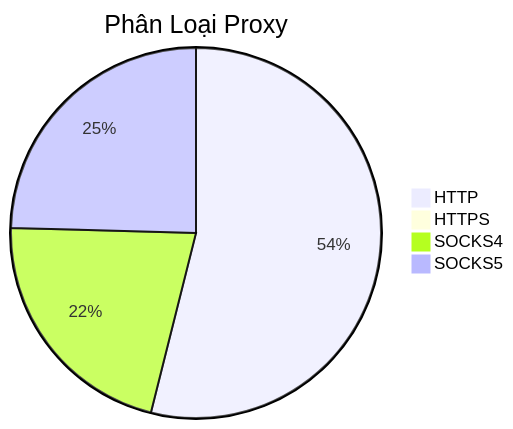
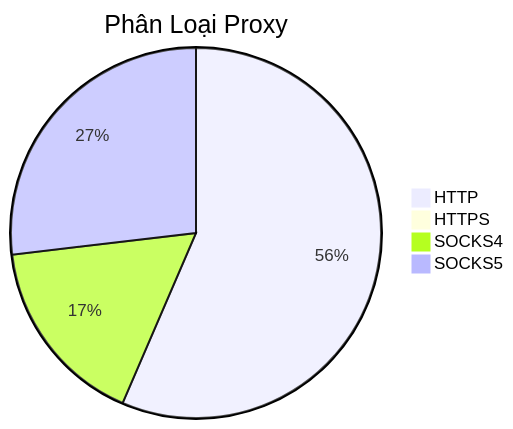
One commit to Ciara-12/PROXY-free changed the diagram in README.md. Above: the diagram before and after it, drawn with Mermaid. The commit also changed other lines of this file and 3 other files, not shown here.

````diff
--- a/README.md
+++ b/README.md
@@ -26,7 +26,7 @@
 ```mermaid
 pie title Phân Loại Proxy
-    "HTTP" : 867
+    "HTTP" : 784
     "HTTPS" : 1
-    "SOCKS4" : 346
-    "SOCKS5" : 395
+    "SOCKS4" : 231
+    "SOCKS5" : 373
 ```
````
